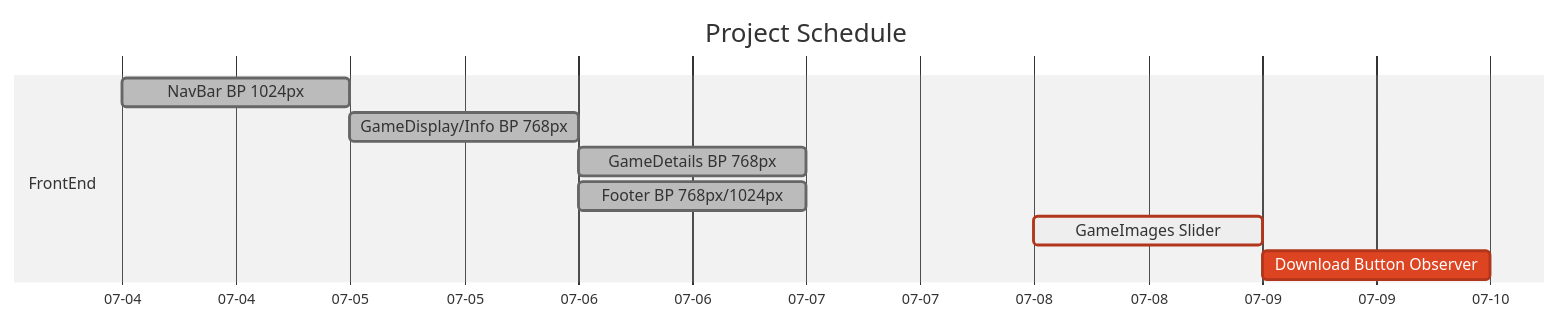
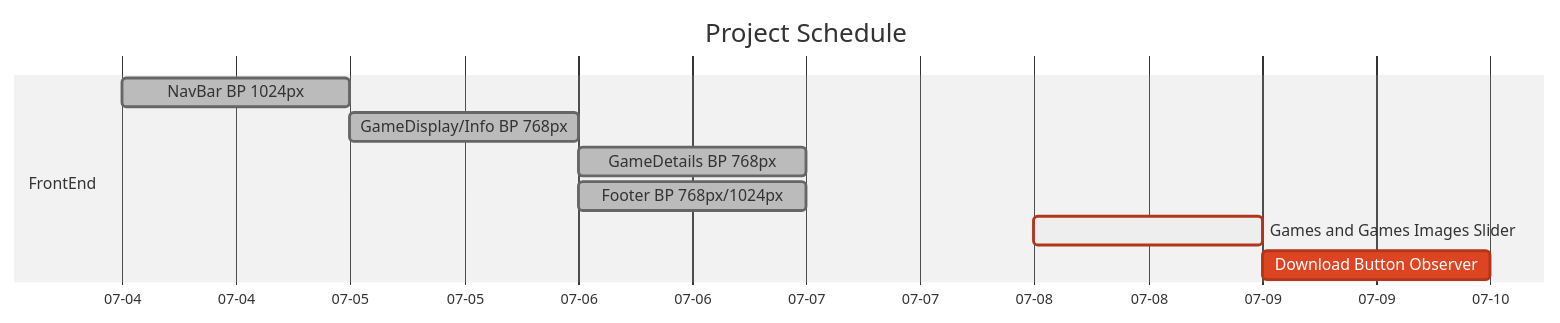
One commit to RafaelM011/Nintendo_Website changed the diagram in README.md. Above: the diagram before and after it, drawn with Mermaid (neutral theme). The commit also changed other lines of this file and 1 other file, not shown here.

Commit message:
game image slider improved

````diff
--- a/README.md
+++ b/README.md
@@ -12,14 +12,14 @@
 ```mermaid
     gantt
         title Project Schedule
         
         dateFormat MM-DD
         axisFormat %m-%d
         section FrontEnd
             NavBar BP 1024px                :done, id1, 07-04, 1d
             GameDisplay/Info BP 768px       :done, 07-05, 1d
             GameDetails BP 768px            :done, 07-06, 1d
             Footer BP 768px/1024px          :done, 07-06, 1d
-            GameImages Slider               :crit,active, 07-08, 1d
+            Games and Games Images Slider   :crit,active, 07-08, 1d
             Download Button Observer        :crit, 07-09,1d
 ```
````
